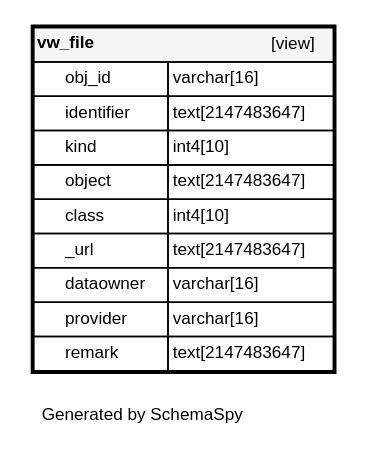
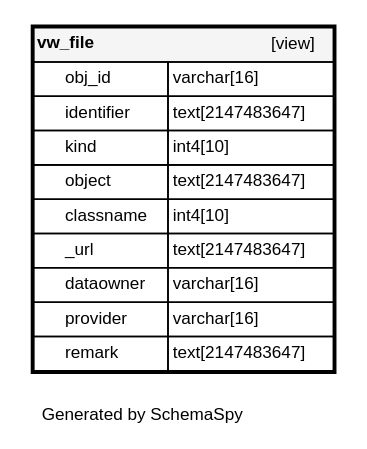
One commit to teksi/wastewater changed the diagram in en/_static/datamodel/tww_app/diagrams/tables/vw_file.1degree.dot. Above: the diagram before and after it, drawn with Graphviz. The commit also changed 555 other files, not shown here.

```diff
--- a/en/_static/datamodel/tww_app/diagrams/tables/vw_file.1degree.dot
+++ b/en/_static/datamodel/tww_app/diagrams/tables/vw_file.1degree.dot
@@ -1,21 +1,21 @@
 digraph "oneDegreeRelationshipsDiagram" {
   graph [    rankdir="RL"    bgcolor="#ffffff"    label="\nGenerated by SchemaSpy"    labeljust="l"    nodesep="0.18"    ranksep="0.46"    fontname="Helvetica"    fontsize="11"    ration="compress"  ];  node [    fontname="Helvetica"    fontsize="11"    shape="plaintext"  ];  edge [    arrowsize="0.8"  ];
   "vw_file" [
    label=<
     <TABLE BORDER="2" CELLBORDER="1" CELLSPACING="0" BGCOLOR="#ffffff">
       <TR><TD COLSPAN="4"  BGCOLOR="#f5f5f5"><TABLE BORDER="0" CELLSPACING="0"><TR><TD ALIGN="LEFT" FIXEDSIZE="TRUE" WIDTH="41" HEIGHT="16"><B>vw_file</B></TD><TD ALIGN="RIGHT">[view]</TD></TR></TABLE></TD></TR>
       <TR><TD PORT="obj_id" COLSPAN="2" ALIGN="LEFT"><TABLE BORDER="0" CELLSPACING="0" ALIGN="LEFT"><TR ALIGN="LEFT"><TD ALIGN="LEFT" FIXEDSIZE="TRUE" WIDTH="15" HEIGHT="16"></TD><TD ALIGN="LEFT" FIXEDSIZE="TRUE" WIDTH="65" HEIGHT="16">obj_id</TD></TR></TABLE></TD><TD PORT="obj_id.type" ALIGN="LEFT">varchar[16]</TD></TR>
       <TR><TD PORT="identifier" COLSPAN="2" ALIGN="LEFT"><TABLE BORDER="0" CELLSPACING="0" ALIGN="LEFT"><TR ALIGN="LEFT"><TD ALIGN="LEFT" FIXEDSIZE="TRUE" WIDTH="15" HEIGHT="16"></TD><TD ALIGN="LEFT" FIXEDSIZE="TRUE" WIDTH="65" HEIGHT="16">identifier</TD></TR></TABLE></TD><TD PORT="identifier.type" ALIGN="LEFT">text[2147483647]</TD></TR>
       <TR><TD PORT="kind" COLSPAN="2" ALIGN="LEFT"><TABLE BORDER="0" CELLSPACING="0" ALIGN="LEFT"><TR ALIGN="LEFT"><TD ALIGN="LEFT" FIXEDSIZE="TRUE" WIDTH="15" HEIGHT="16"></TD><TD ALIGN="LEFT" FIXEDSIZE="TRUE" WIDTH="65" HEIGHT="16">kind</TD></TR></TABLE></TD><TD PORT="kind.type" ALIGN="LEFT">int4[10]</TD></TR>
       <TR><TD PORT="object" COLSPAN="2" ALIGN="LEFT"><TABLE BORDER="0" CELLSPACING="0" ALIGN="LEFT"><TR ALIGN="LEFT"><TD ALIGN="LEFT" FIXEDSIZE="TRUE" WIDTH="15" HEIGHT="16"></TD><TD ALIGN="LEFT" FIXEDSIZE="TRUE" WIDTH="65" HEIGHT="16">object</TD></TR></TABLE></TD><TD PORT="object.type" ALIGN="LEFT">text[2147483647]</TD></TR>
-      <TR><TD PORT="class" COLSPAN="2" ALIGN="LEFT"><TABLE BORDER="0" CELLSPACING="0" ALIGN="LEFT"><TR ALIGN="LEFT"><TD ALIGN="LEFT" FIXEDSIZE="TRUE" WIDTH="15" HEIGHT="16"></TD><TD ALIGN="LEFT" FIXEDSIZE="TRUE" WIDTH="65" HEIGHT="16">class</TD></TR></TABLE></TD><TD PORT="class.type" ALIGN="LEFT">int4[10]</TD></TR>
+      <TR><TD PORT="classname" COLSPAN="2" ALIGN="LEFT"><TABLE BORDER="0" CELLSPACING="0" ALIGN="LEFT"><TR ALIGN="LEFT"><TD ALIGN="LEFT" FIXEDSIZE="TRUE" WIDTH="15" HEIGHT="16"></TD><TD ALIGN="LEFT" FIXEDSIZE="TRUE" WIDTH="65" HEIGHT="16">classname</TD></TR></TABLE></TD><TD PORT="classname.type" ALIGN="LEFT">int4[10]</TD></TR>
       <TR><TD PORT="_url" COLSPAN="2" ALIGN="LEFT"><TABLE BORDER="0" CELLSPACING="0" ALIGN="LEFT"><TR ALIGN="LEFT"><TD ALIGN="LEFT" FIXEDSIZE="TRUE" WIDTH="15" HEIGHT="16"></TD><TD ALIGN="LEFT" FIXEDSIZE="TRUE" WIDTH="65" HEIGHT="16">_url</TD></TR></TABLE></TD><TD PORT="_url.type" ALIGN="LEFT">text[2147483647]</TD></TR>
       <TR><TD PORT="dataowner" COLSPAN="2" ALIGN="LEFT"><TABLE BORDER="0" CELLSPACING="0" ALIGN="LEFT"><TR ALIGN="LEFT"><TD ALIGN="LEFT" FIXEDSIZE="TRUE" WIDTH="15" HEIGHT="16"></TD><TD ALIGN="LEFT" FIXEDSIZE="TRUE" WIDTH="65" HEIGHT="16">dataowner</TD></TR></TABLE></TD><TD PORT="dataowner.type" ALIGN="LEFT">varchar[16]</TD></TR>
       <TR><TD PORT="provider" COLSPAN="2" ALIGN="LEFT"><TABLE BORDER="0" CELLSPACING="0" ALIGN="LEFT"><TR ALIGN="LEFT"><TD ALIGN="LEFT" FIXEDSIZE="TRUE" WIDTH="15" HEIGHT="16"></TD><TD ALIGN="LEFT" FIXEDSIZE="TRUE" WIDTH="65" HEIGHT="16">provider</TD></TR></TABLE></TD><TD PORT="provider.type" ALIGN="LEFT">varchar[16]</TD></TR>
       <TR><TD PORT="remark" COLSPAN="2" ALIGN="LEFT"><TABLE BORDER="0" CELLSPACING="0" ALIGN="LEFT"><TR ALIGN="LEFT"><TD ALIGN="LEFT" FIXEDSIZE="TRUE" WIDTH="15" HEIGHT="16"></TD><TD ALIGN="LEFT" FIXEDSIZE="TRUE" WIDTH="65" HEIGHT="16">remark</TD></TR></TABLE></TD><TD PORT="remark.type" ALIGN="LEFT">text[2147483647]</TD></TR>
     </TABLE>>
     URL="../../tables/vw_file.html"
     target="_top"
     tooltip="vw_file"
   ];
 }
```
